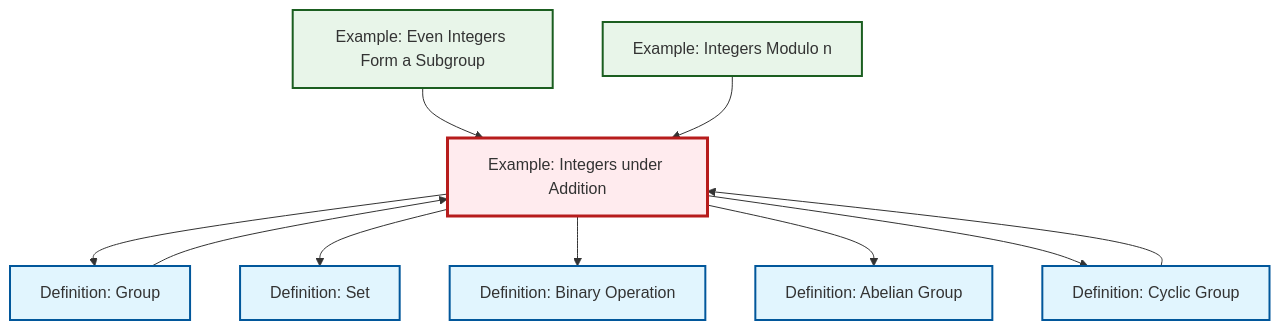
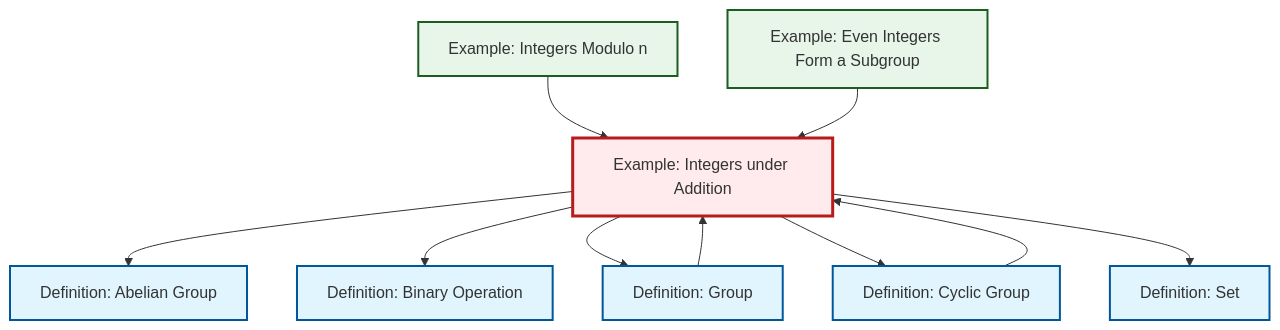
One commit to RK0429/ModernMath changed the diagram in output/mermaid/ex-integers-addition.mermaid. Above: the diagram before and after it, drawn with Mermaid. The commit also changed other lines of this file and 1509 other files, not shown here.

```diff
--- a/output/mermaid/ex-integers-addition.mermaid
+++ b/output/mermaid/ex-integers-addition.mermaid
@@ -1,25 +1,25 @@
 %%| fig-cap: "Local dependency graph"
 graph TD
     classDef definition fill:#e1f5fe,stroke:#01579b,stroke-width:2px
     classDef theorem fill:#f3e5f5,stroke:#4a148c,stroke-width:2px
     classDef axiom fill:#fff3e0,stroke:#e65100,stroke-width:2px
     classDef example fill:#e8f5e9,stroke:#1b5e20,stroke-width:2px
     classDef current fill:#ffebee,stroke:#b71c1c,stroke-width:3px
+    ex-quotient-integers-mod-n["Example: Integers Modulo n"]:::example
+    ex-even-integers-subgroup["Example: Even Integers Form a Subgroup"]:::example
+    def-cyclic-group["Definition: Cyclic Group"]:::definition
     def-set["Definition: Set"]:::definition
-    def-binary-operation["Definition: Binary Operation"]:::definition
     ex-integers-addition["Example: Integers under Addition"]:::example
-    ex-even-integers-subgroup["Example: Even Integers Form a Subgroup"]:::example
-    ex-quotient-integers-mod-n["Example: Integers Modulo n"]:::example
-    def-cyclic-group["Definition: Cyclic Group"]:::definition
     def-group["Definition: Group"]:::definition
     def-abelian-group["Definition: Abelian Group"]:::definition
+    def-binary-operation["Definition: Binary Operation"]:::definition
+    ex-quotient-integers-mod-n --> ex-integers-addition
+    def-cyclic-group --> ex-integers-addition
+    ex-integers-addition --> def-abelian-group
+    ex-integers-addition --> def-binary-operation
     ex-integers-addition --> def-group
+    ex-integers-addition --> def-cyclic-group
+    ex-even-integers-subgroup --> ex-integers-addition
     def-group --> ex-integers-addition
     ex-integers-addition --> def-set
-    ex-even-integers-subgroup --> ex-integers-addition
-    ex-integers-addition --> def-binary-operation
-    ex-integers-addition --> def-abelian-group
-    ex-quotient-integers-mod-n --> ex-integers-addition
-    ex-integers-addition --> def-cyclic-group
-    def-cyclic-group --> ex-integers-addition
     class ex-integers-addition current
```
